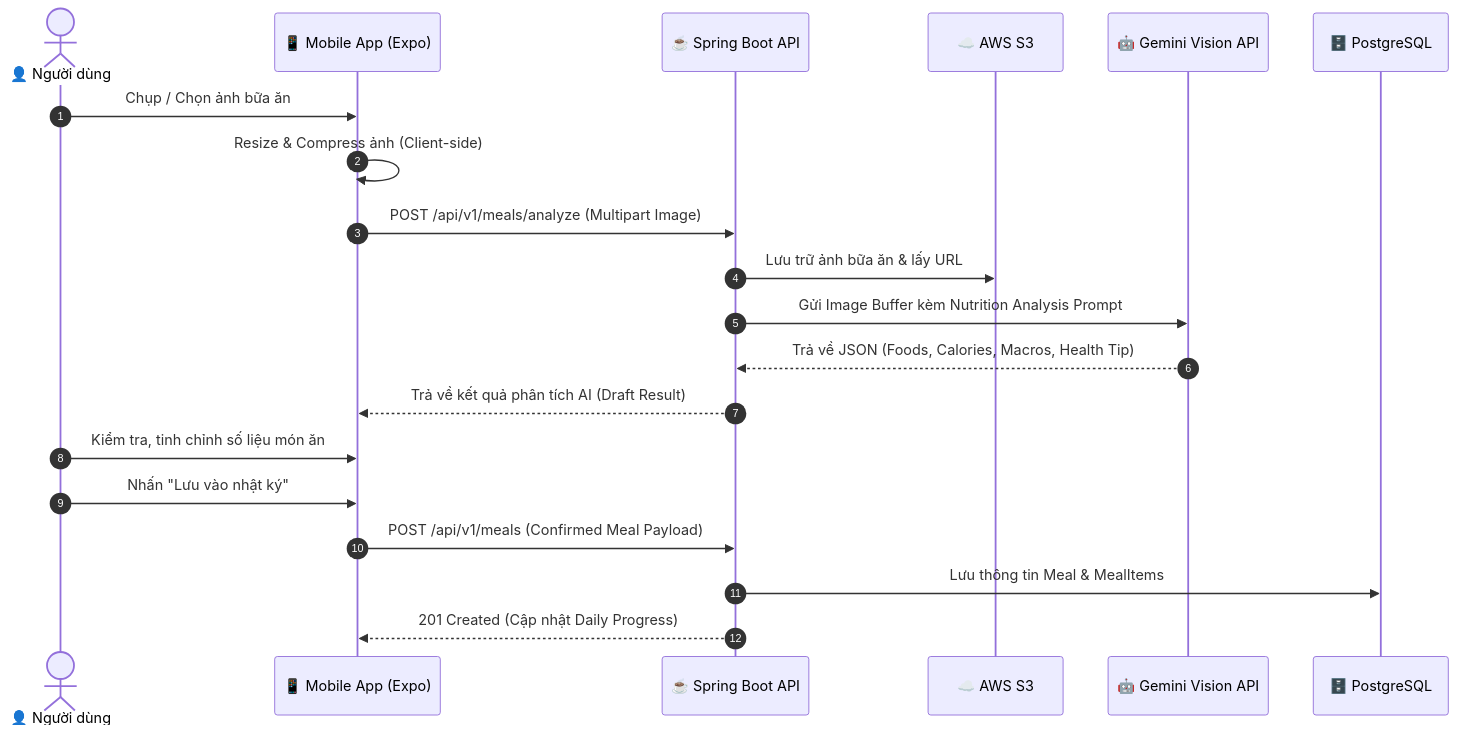
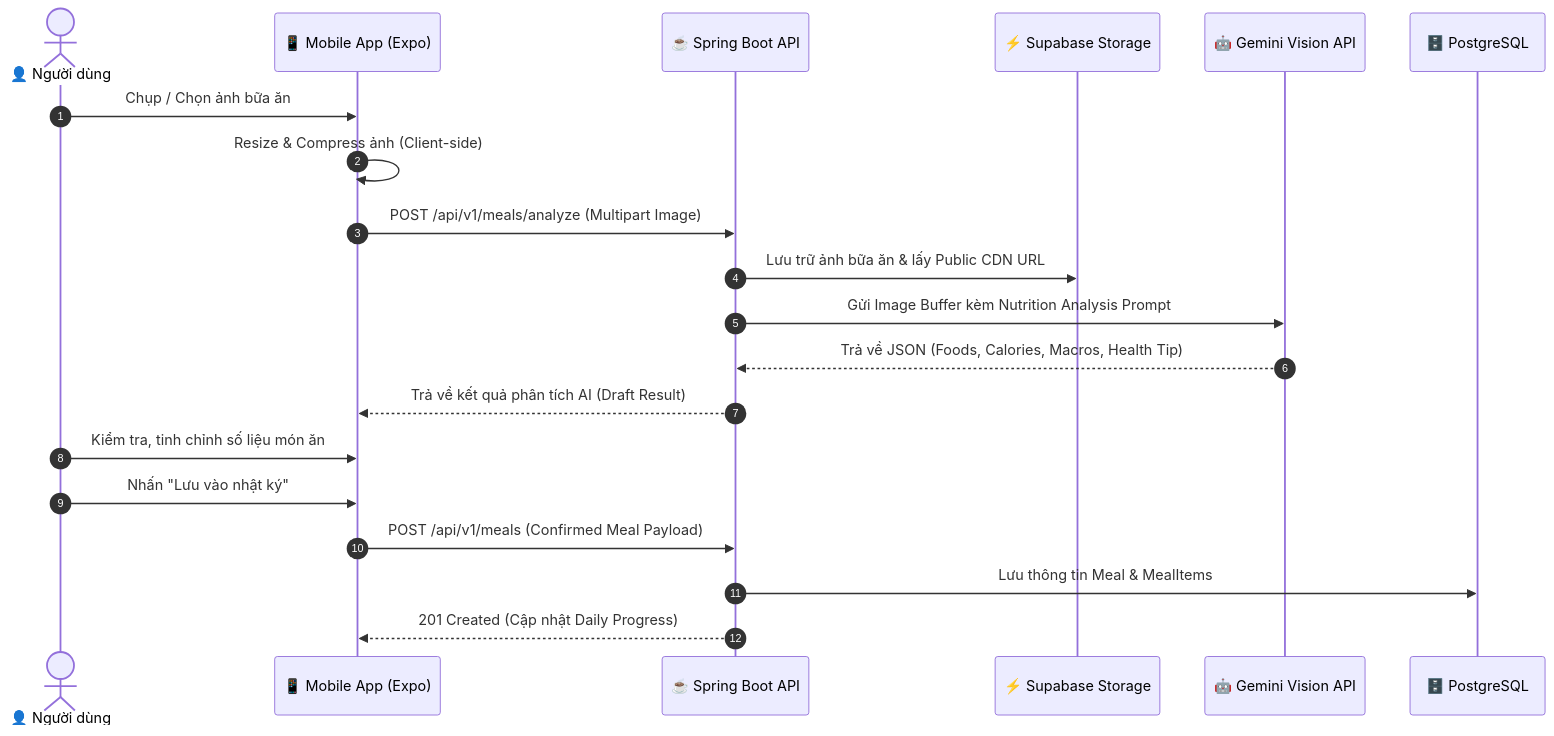
Before and after one commit to AnBinh05/AI-Calorie-Meal-Tracker: the third of 3 diagrams in README.md, drawn with Mermaid. The commit also changed other lines of this file and 12 other files, not shown here.

Commit message:
feat(storage): migrate image storage from AWS S3 to Supabase Storage with local fallback and security hardening

````diff
--- a/README.md
+++ b/README.md
@@ -107,23 +107,23 @@
 ```mermaid
 sequenceDiagram
     autonumber
     actor User as 👤 Người dùng
     participant App as 📱 Mobile App (Expo)
     participant Server as ☕ Spring Boot API
-    participant S3 as ☁️ AWS S3
+    participant Supabase as ⚡ Supabase Storage
     participant AI as 🤖 Gemini Vision API
     participant DB as 🗄️ PostgreSQL
 
     User->>App: Chụp / Chọn ảnh bữa ăn
     App->>App: Resize & Compress ảnh (Client-side)
     App->>Server: POST /api/v1/meals/analyze (Multipart Image)
-    Server->>S3: Lưu trữ ảnh bữa ăn & lấy URL
+    Server->>Supabase: Lưu trữ ảnh bữa ăn & lấy Public CDN URL
     Server->>AI: Gửi Image Buffer kèm Nutrition Analysis Prompt
     AI-->>Server: Trả về JSON (Foods, Calories, Macros, Health Tip)
     Server-->>App: Trả về kết quả phân tích AI (Draft Result)
     User->>App: Kiểm tra, tinh chỉnh số liệu món ăn
     User->>App: Nhấn "Lưu vào nhật ký"
     App->>Server: POST /api/v1/meals (Confirmed Meal Payload)
     Server->>DB: Lưu thông tin Meal & MealItems
     Server-->>App: 201 Created (Cập nhật Daily Progress)
 ```
````
